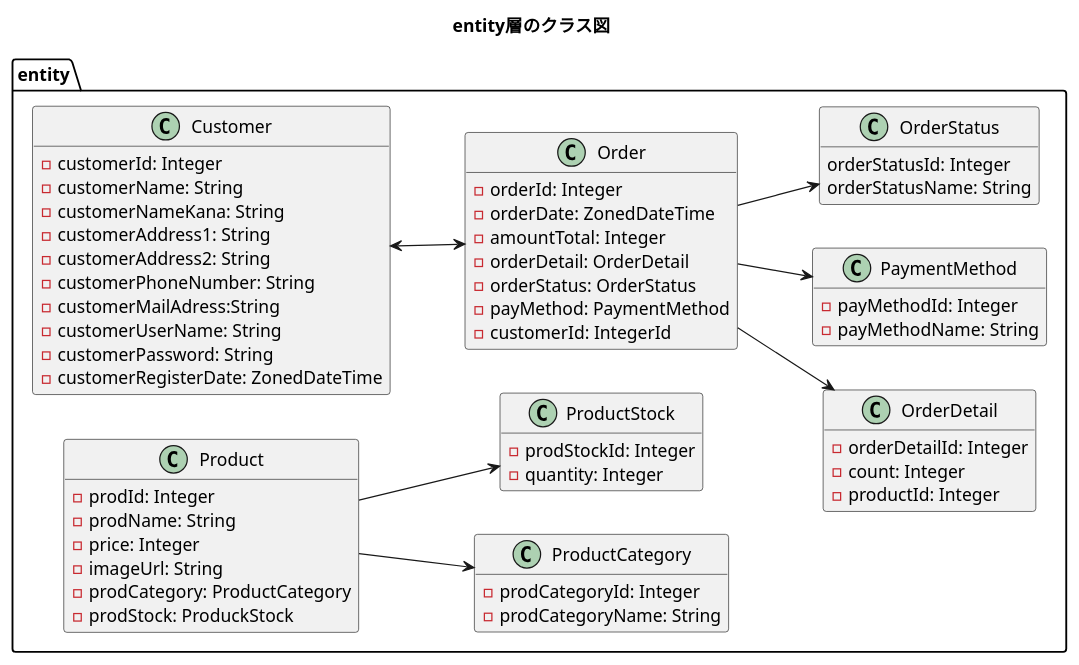
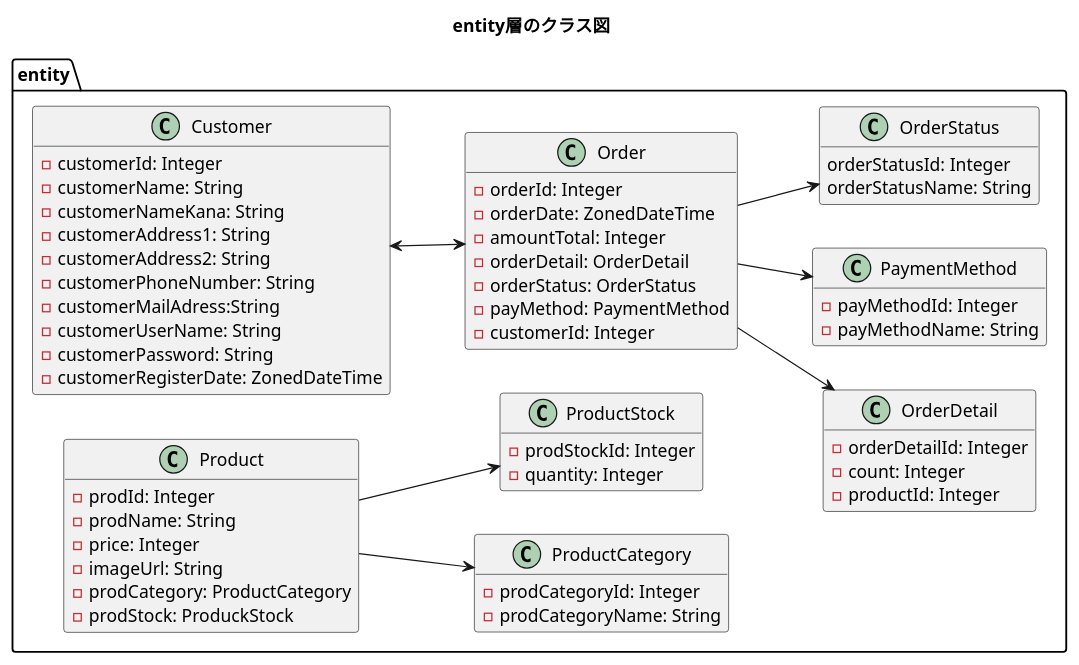
One commit to kanavii3333/ec-b changed the diagram in plan/uml/class/front-end/entity.plantuml. Above: the diagram before and after it, drawn with PlantUML. The commit also changed 5 other files, not shown here.

```diff
--- a/plan/uml/class/front-end/entity.plantuml
+++ b/plan/uml/class/front-end/entity.plantuml
@@ -1,73 +1,73 @@
 @startuml
 title entity層のクラス図
 hide empty members
 left to right direction
 
 package entity{
     class Customer{
         -customerId: Integer
         -customerName: String
         -customerNameKana: String
         -customerAddress1: String
         -customerAddress2: String
         -customerPhoneNumber: String
         -customerMailAdress:String
         -customerUserName: String
         -customerPassword: String
         -customerRegisterDate: ZonedDateTime
     }
 
     class Order{
         -orderId: Integer
         -orderDate: ZonedDateTime
         -amountTotal: Integer
         -orderDetail: OrderDetail
         -orderStatus: OrderStatus
         -payMethod: PaymentMethod
-        -customerId: IntegerId
+        -customerId: Integer
     }
 
     class OrderDetail{
         -orderDetailId: Integer
         -count: Integer
         -productId: Integer
     }
     
     class PaymentMethod{
     	-payMethodId: Integer
     	-payMethodName: String
     }
 
     class OrderStatus{
         orderStatusId: Integer
         orderStatusName: String
     }
 
     class Product{
         -prodId: Integer
         -prodName: String
         -price: Integer
         -imageUrl: String
         -prodCategory: ProductCategory
         -prodStock: ProduckStock
     }
 
     class ProductCategory{
         -prodCategoryId: Integer
         -prodCategoryName: String
     }
 
     class ProductStock{
         -prodStockId: Integer
         -quantity: Integer
     }
 
 }
 
 Customer <--> Order
 Order --> OrderStatus
 Order --> OrderDetail
 Order --> PaymentMethod
 Product --> ProductStock
 Product --> ProductCategory
 @enduml
```
